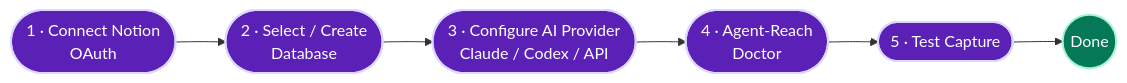
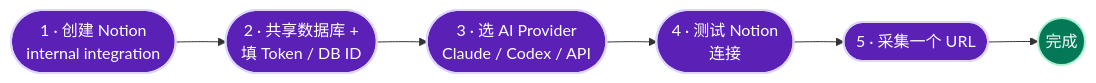
The fifth of 5 diagrams in README.zh-CN.md (AliceDel66/ReachNote), drawn with Mermaid before and after one commit. The commit also changed other lines of this file and 46 other files, not shown here.

````diff
--- a/README.zh-CN.md
+++ b/README.zh-CN.md
@@ -295,12 +324,12 @@
 ```mermaid
 flowchart LR
     classDef step fill:#5b21b6,stroke:#ddd6fe,stroke-width:2px,color:#fff
     classDef done fill:#047857,stroke:#a7f3d0,stroke-width:2px,color:#fff
 
-    A(["1 · Connect Notion<br/>OAuth"]):::step
-    A --> B(["2 · Select / Create<br/>Database"]):::step
-    B --> C(["3 · Configure AI Provider<br/>Claude / Codex / API"]):::step
-    C --> D(["4 · Agent-Reach<br/>Doctor"]):::step
-    D --> E(["5 · Test Capture"]):::step
-    E --> F((Done)):::done
+    A(["1 · 创建 Notion<br/>internal integration"]):::step
+    A --> B(["2 · 共享数据库 +<br/>填 Token / DB ID"]):::step
+    B --> C(["3 · 选 AI Provider<br/>Claude / Codex / API"]):::step
+    C --> D(["4 · 测试 Notion<br/>连接"]):::step
+    D --> E(["5 · 采集一个 URL"]):::step
+    E --> F((完成)):::done
 ```
````
